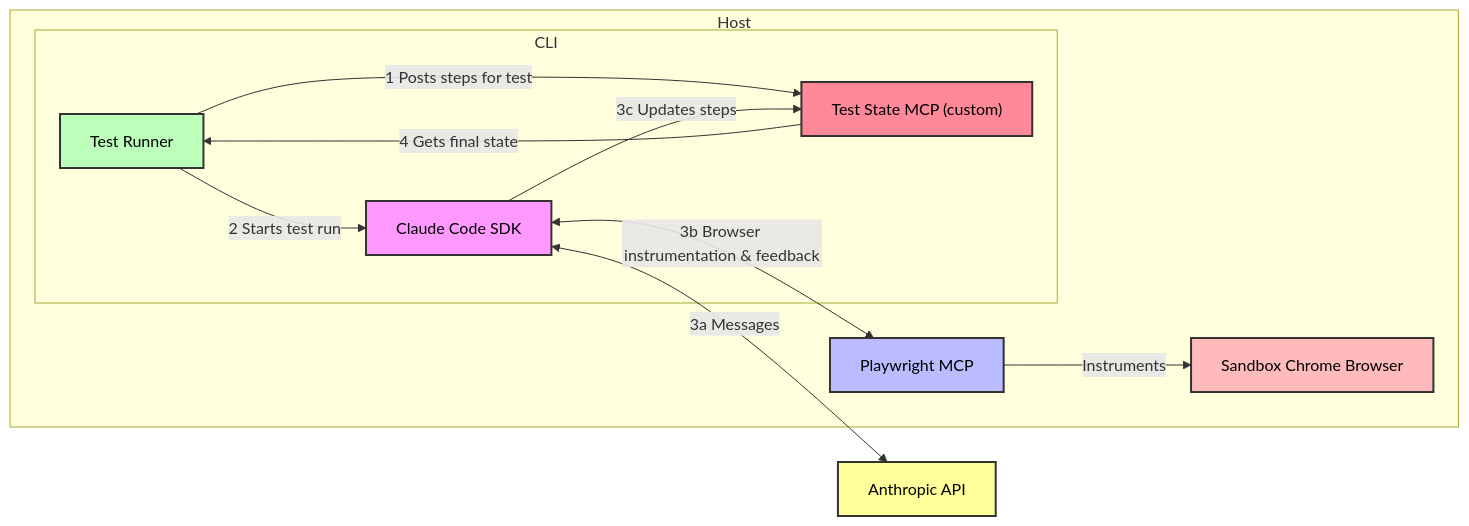
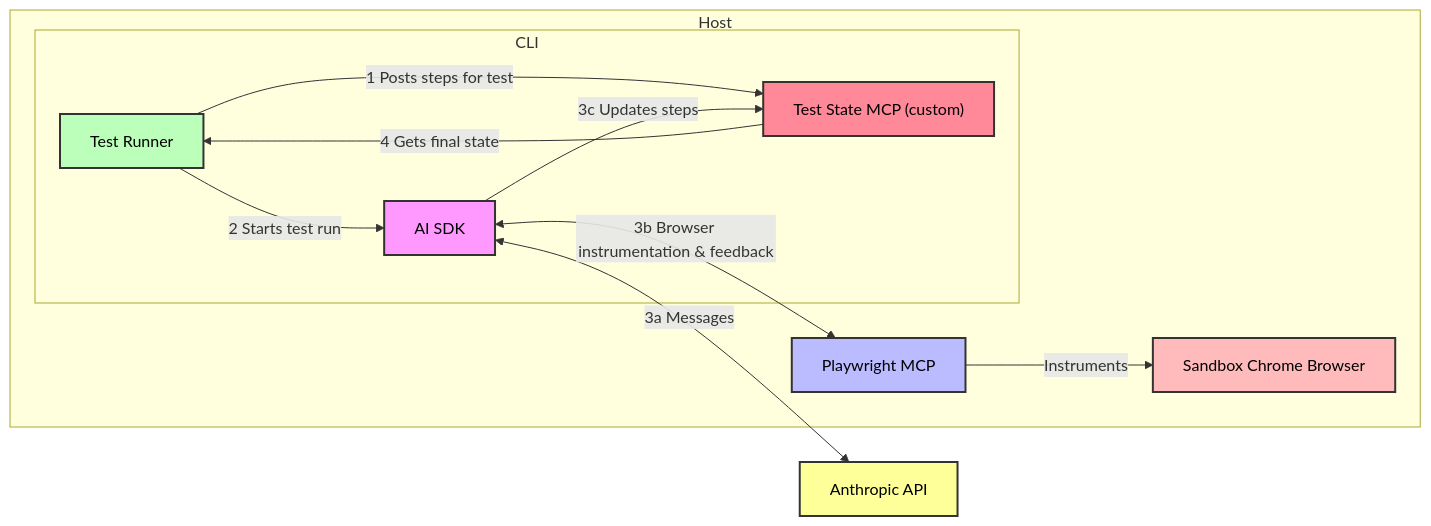
The first of 2 diagrams in README.md (fanqingsong/deepagent-test-runner), drawn with Mermaid before and after one commit. The commit also changed other lines of this file and 17 other files, not shown here.

First line of the commit message:
refactor: remove all Claude Code references and legacy code

````diff
--- a/README.md
+++ b/README.md
@@ -368,28 +368,28 @@
 ```mermaid
 graph LR
     subgraph Host
         subgraph CLI
             RUNNER["Test Runner"]
-            SDK["Claude Code SDK"]
+            SDK["AI SDK"]
             STATE["Test State MCP (custom)"]
         end
         MCP["Playwright MCP"]
         Browser["Sandbox Chrome Browser"]
     end
     API["Anthropic API"]
     
     RUNNER -->|1 Posts steps for test| STATE
     RUNNER -->|2 Starts test run| SDK
     STATE -->|4 Gets final state| RUNNER
     SDK <-->|3a Messages| API
     SDK -->|3c Updates steps| STATE
     SDK <-->|3b Browser instrumentation & feedback| MCP
     MCP -->|Instruments| Browser
     
     style RUNNER fill:#bfb,stroke:#333,stroke-width:2px,color:#000
     style SDK fill:#f9f,stroke:#333,stroke-width:2px,color:#000
     style API fill:#ff9,stroke:#333,stroke-width:2px,color:#000
     style STATE fill:#f89,stroke:#333,stroke-width:2px,color:#000
     style MCP fill:#bbf,stroke:#333,stroke-width:2px,color:#000
     style Browser fill:#fbb,stroke:#333,stroke-width:2px,color:#000
 ```
````
